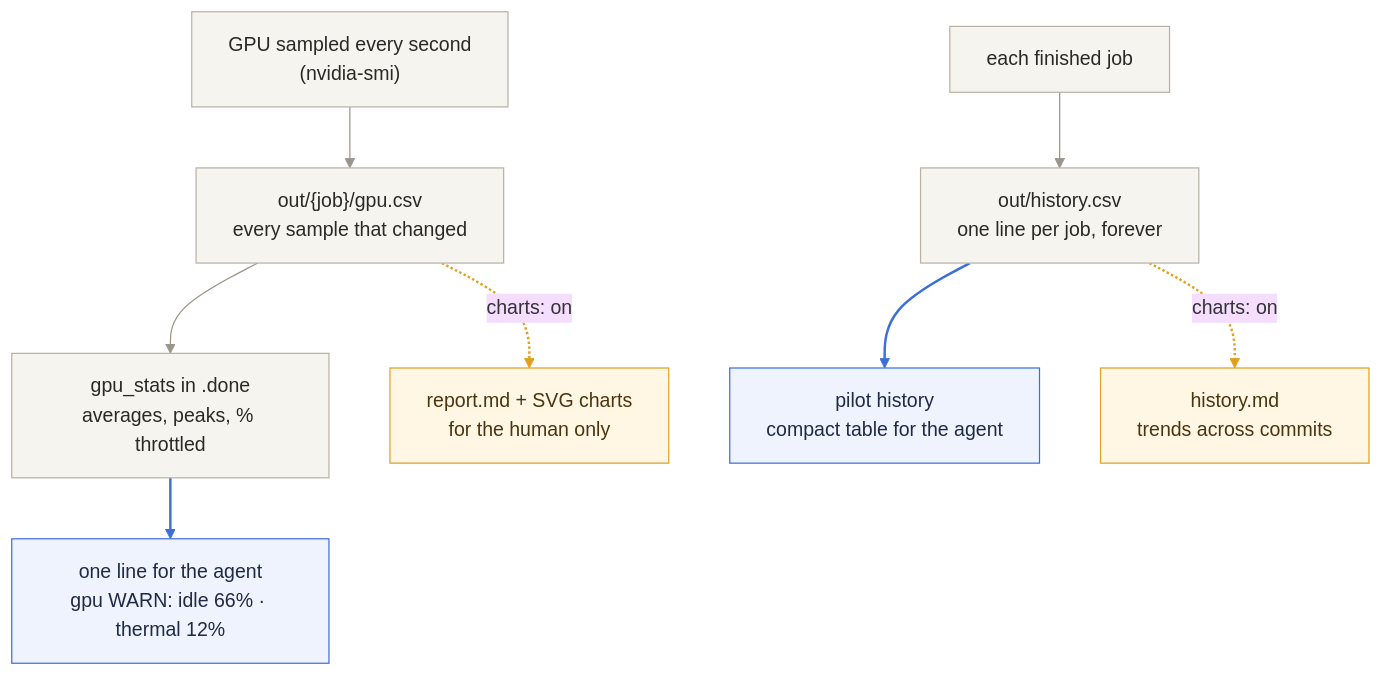
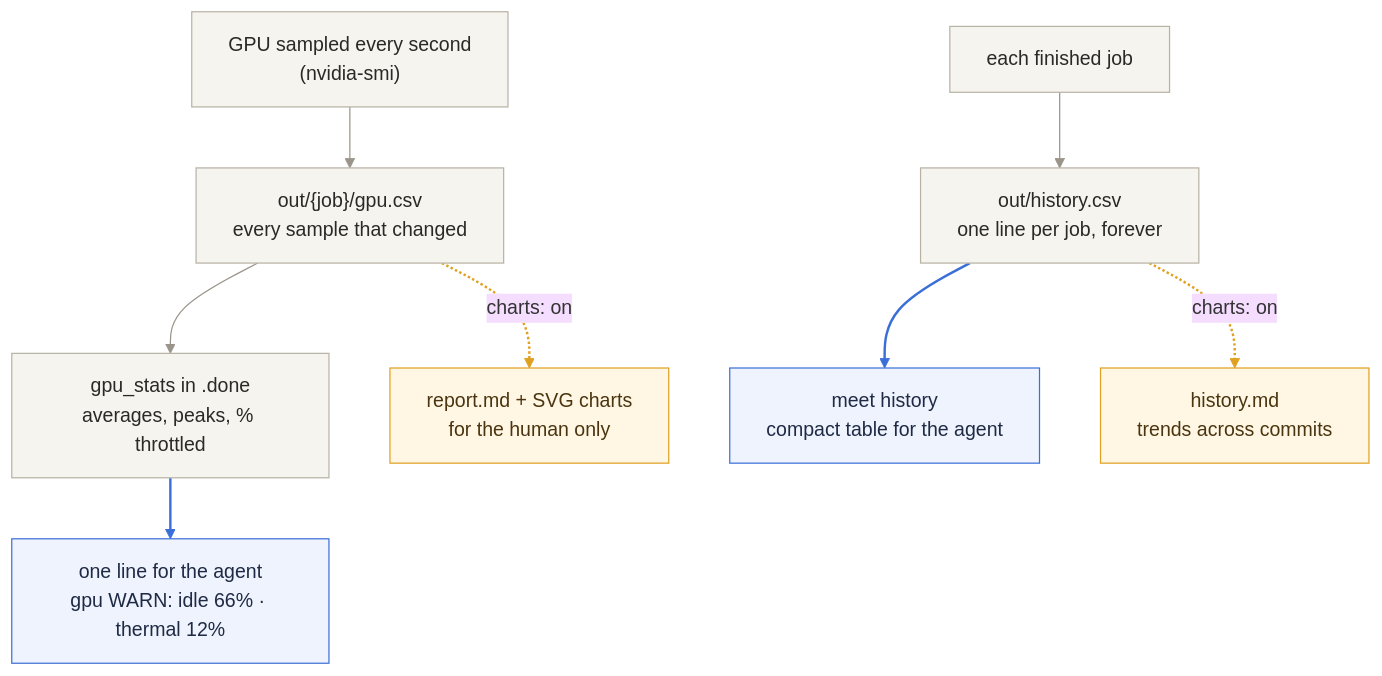
One commit to SergeyChere/MeetProxy changed the second of 3 diagrams in docs/HOW-IT-WORKS.md. Above: the diagram before and after it, drawn with Mermaid (base theme). The commit also changed other lines of this file and 35 other files, not shown here.

First line of the commit message:
Rename: colab-pilot -> MeetProxy (0.6.0)

````diff
--- a/docs/HOW-IT-WORKS.md
+++ b/docs/HOW-IT-WORKS.md
@@ -60,22 +60,22 @@
 ```mermaid
 flowchart TB
     S["GPU sampled every second<br/>(nvidia-smi)"] --> RAW
     RAW["out/{job}/gpu.csv<br/>every sample that changed"] --> SUM
     SUM["gpu_stats in .done<br/>averages, peaks, % throttled"] --> FLAG
     FLAG["one line for the agent<br/>gpu WARN: idle 66% · thermal 12%"]
     RAW -. "charts: on" .-> REP
     REP["report.md + SVG charts<br/>for the human only"]
     DONE["each finished job"] --> HIST["out/history.csv<br/>one line per job, forever"]
-    HIST --> HA["pilot history<br/>compact table for the agent"]
+    HIST --> HA["meet history<br/>compact table for the agent"]
     HIST -. "charts: on" .-> HM["history.md<br/>trends across commits"]
 
     classDef agent fill:#eef3fd,stroke:#3b6fd8,color:#1f2a44
     classDef human fill:#fff6e3,stroke:#e0a020,color:#4a3510
     classDef data fill:#f6f4ef,stroke:#b8b2a6,color:#2b2925
     class FLAG,HA agent
     class REP,HM human
     class S,RAW,SUM,DONE,HIST data
     linkStyle 0,1,4 stroke:#9a948a
     linkStyle 2,5 stroke:#3b6fd8,stroke-width:2px
     linkStyle 3,6 stroke:#e0a020,stroke-width:2px
 ```
````
